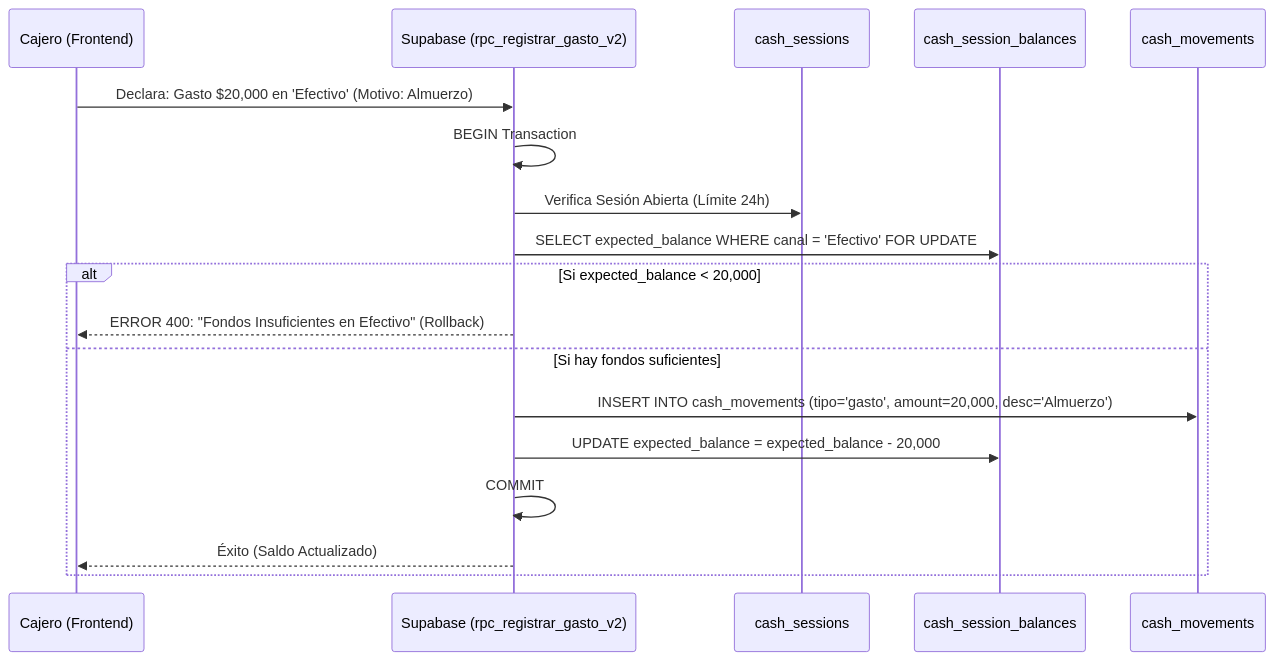
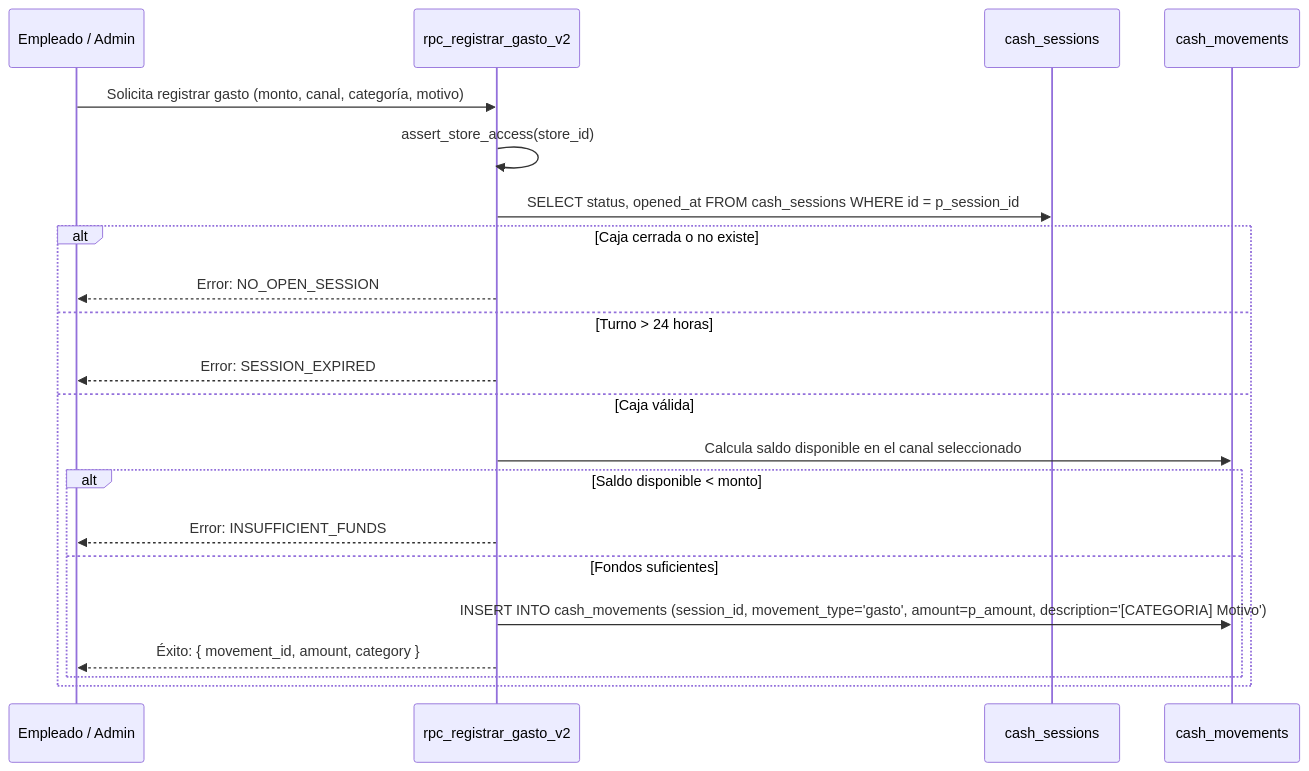
The first of 3 diagrams in documentation/01_requirements/SDD/SDD_026_POLITICA_GASTOS_INMEDIATOS.md (YamirJCF/tienda-barrio-pro), drawn with Mermaid before and after one commit. The commit also changed other lines of this file and 3 other files, not shown here.

````diff
--- a/documentation/01_requirements/SDD/SDD_026_POLITICA_GASTOS_INMEDIATOS.md
+++ b/documentation/01_requirements/SDD/SDD_026_POLITICA_GASTOS_INMEDIATOS.md
@@ -46,24 +62,24 @@
 ```mermaid
 sequenceDiagram
-    participant UI as Cajero (Frontend)
-    participant API as Supabase (rpc_registrar_gasto_v2)
+    participant U as Empleado / Admin
+    participant RPC as rpc_registrar_gasto_v2
     participant S as cash_sessions
-    participant B as cash_session_balances
     participant M as cash_movements
 
-    UI->>API: Declara: Gasto $20,000 en 'Efectivo' (Motivo: Almuerzo)
-    API->>API: BEGIN Transaction
-    
-    API->>S: Verifica Sesión Abierta (Límite 24h)
-    
-    API->>B: SELECT expected_balance WHERE canal = 'Efectivo' FOR UPDATE
-    
-    alt Si expected_balance < 20,000
-        API-->>UI: ERROR 400: "Fondos Insuficientes en Efectivo" (Rollback)
-    else Si hay fondos suficientes
-        API->>M: INSERT INTO cash_movements (tipo='gasto', amount=20,000, desc='Almuerzo')
-        API->>B: UPDATE expected_balance = expected_balance - 20,000
-        API->>API: COMMIT
-        API-->>UI: Éxito (Saldo Actualizado)
+    U->>RPC: Solicita registrar gasto (monto, canal, categoría, motivo)
+    RPC->>RPC: assert_store_access(store_id)
+    RPC->>S: SELECT status, opened_at FROM cash_sessions WHERE id = p_session_id
+    alt Caja cerrada o no existe
+        RPC-->>U: Error: NO_OPEN_SESSION
+    else Turno > 24 horas
+        RPC-->>U: Error: SESSION_EXPIRED
+    else Caja válida
+        RPC->>M: Calcula saldo disponible en el canal seleccionado
+        alt Saldo disponible < monto
+            RPC-->>U: Error: INSUFFICIENT_FUNDS
+        else Fondos suficientes
+            RPC->>M: INSERT INTO cash_movements (session_id, movement_type='gasto', amount=p_amount, description='[CATEGORIA] Motivo')
+            RPC-->>U: Éxito: { movement_id, amount, category }
+        end
     end
 ```
````
